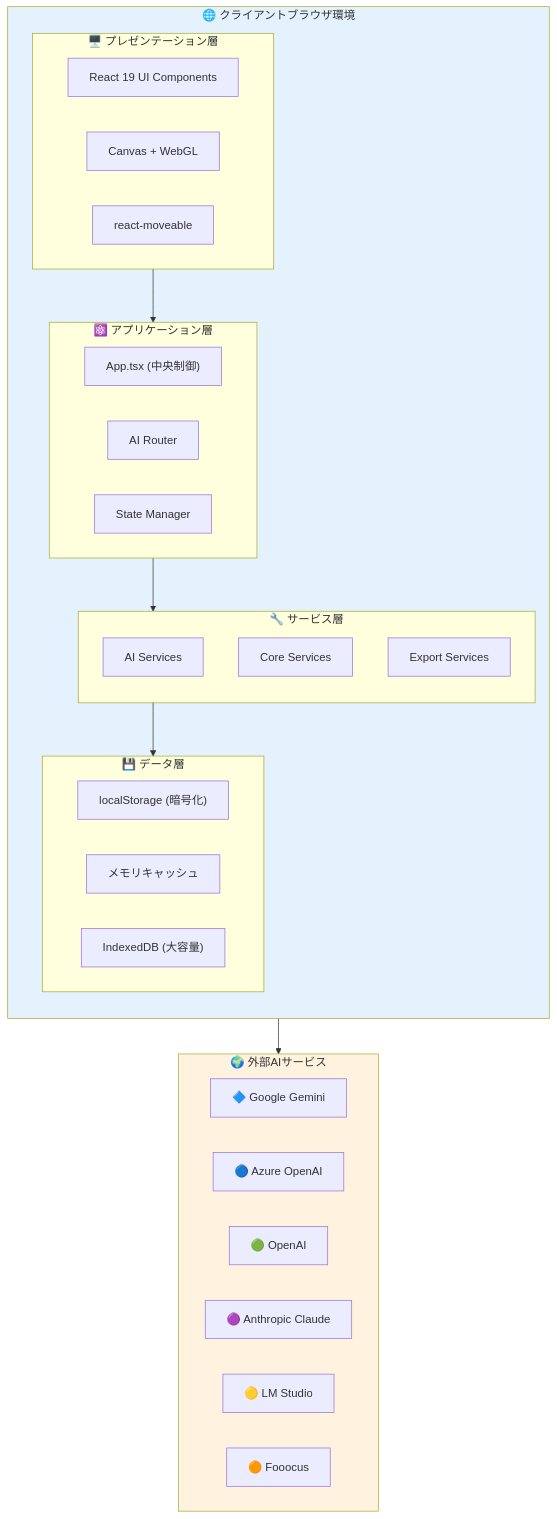
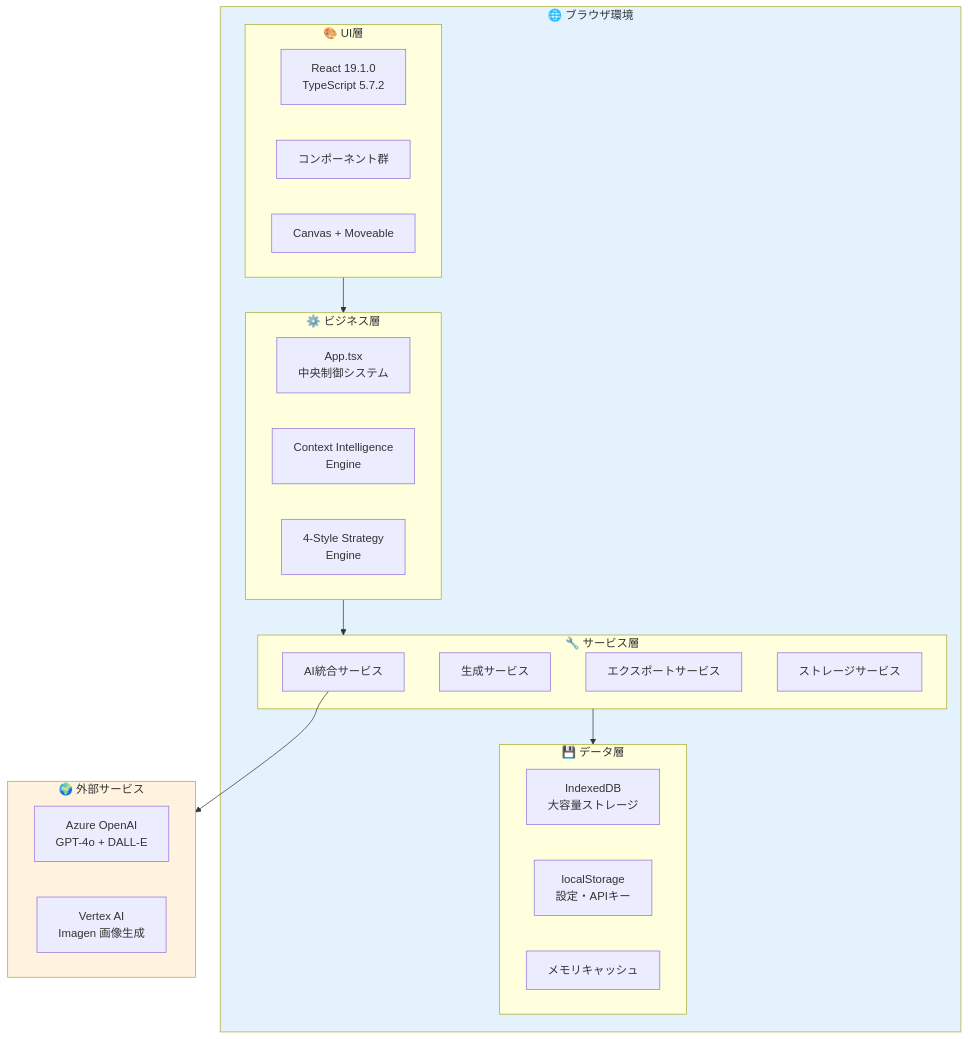
Before and after one commit to t2k2pp/SlideMaster: the first of 9 diagrams in docs/02_Basic_Design.md, drawn with Mermaid. The commit also changed other lines of this file and 4 other files, not shown here.

````diff
--- a/docs/02_Basic_Design.md
+++ b/docs/02_Basic_Design.md
@@ -21,49 +23,42 @@
 ```mermaid
-graph TD
-    subgraph Client_Browser["🌐 クライアントブラウザ環境"]
-        direction TB
-        
-        subgraph Presentation_Layer["🖥️ プレゼンテーション層"]
-            UI["React 19 UI Components"]
-            Canvas["Canvas + WebGL"]
-            Moveable["react-moveable"]
+graph TB
+    subgraph Browser["🌐 ブラウザ環境"]
+        subgraph UI_Layer["🎨 UI層"]
+            React["React 19.1.0<br/>TypeScript 5.7.2"]
+            Components["コンポーネント群"]
+            Canvas["Canvas + Moveable"]
         end
         
-        subgraph Application_Layer["⚛️ アプリケーション層"]
-            App["App.tsx (中央制御)"]
-            Router["AI Router"]
-            StateManager["State Manager"]
+        subgraph Business_Layer["⚙️ ビジネス層"]
+            App["App.tsx<br/>中央制御システム"]
+            ContextEngine["Context Intelligence<br/>Engine"]
+            StyleEngine["4-Style Strategy<br/>Engine"]
         end
         
         subgraph Service_Layer["🔧 サービス層"]
-            AIServices["AI Services"]
-            CoreServices["Core Services"]
-            ExportServices["Export Services"]
+            AIServices["AI統合サービス"]
+            GenerationServices["生成サービス"]
+            ExportServices["エクスポートサービス"]
+            StorageServices["ストレージサービス"]
         end
         
         subgraph Data_Layer["💾 データ層"]
-            LocalStorage["localStorage (暗号化)"]
+            IndexedDB["IndexedDB<br/>大容量ストレージ"]
+            LocalStorage["localStorage<br/>設定・APIキー"]
             Memory["メモリキャッシュ"]
-            IndexedDB["IndexedDB (大容量)"]
         end
     end
     
-    subgraph External_APIs["🌍 外部AIサービス"]
-        direction LR
-        Google["🔷 Google Gemini"]
-        Azure["🔵 Azure OpenAI"]
-        OpenAI["🟢 OpenAI"]
-        Claude["🟣 Anthropic Claude"]
-        LMStudio["🟡 LM Studio"]
-        Fooocus["🟠 Fooocus"]
+    subgraph External["🌍 外部サービス"]
+        AzureOpenAI["Azure OpenAI<br/>GPT-4o + DALL-E"]
+        VertexAI["Vertex AI<br/>Imagen 画像生成"]
     end
     
-    Presentation_Layer --> Application_Layer
-    Application_Layer --> Service_Layer
+    UI_Layer --> Business_Layer
+    Business_Layer --> Service_Layer
     Service_Layer --> Data_Layer
+    AIServices --> External
     
-    AIServices --> External_APIs
-    
-    style Client_Browser fill:#e3f2fd
-    style External_APIs fill:#fff3e0
+    style Browser fill:#e3f2fd
+    style External fill:#fff3e0
 ```
````
